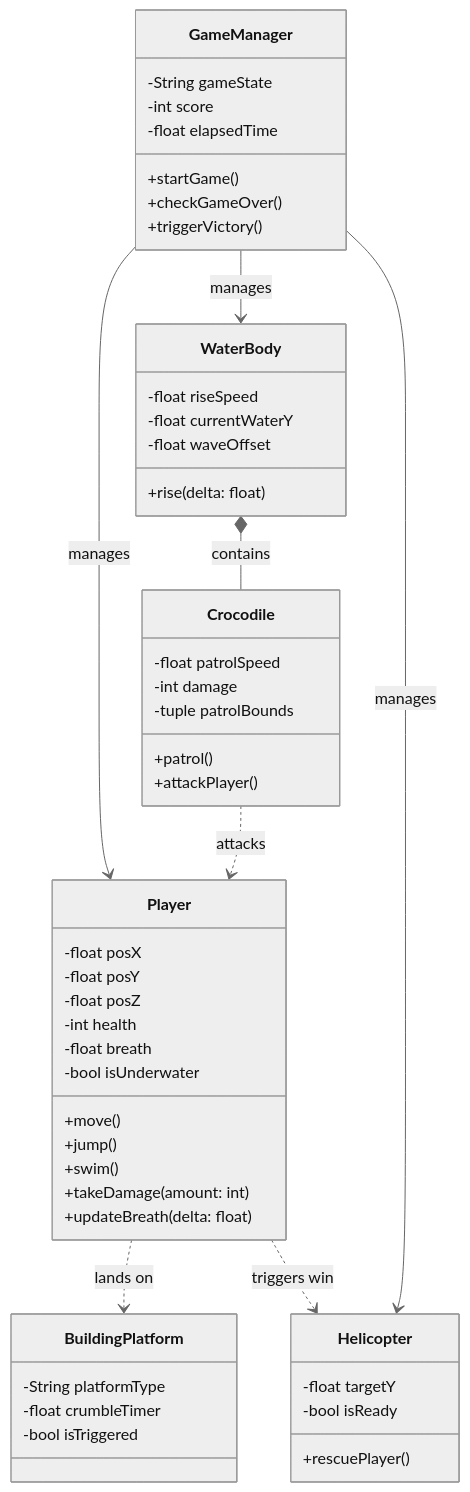
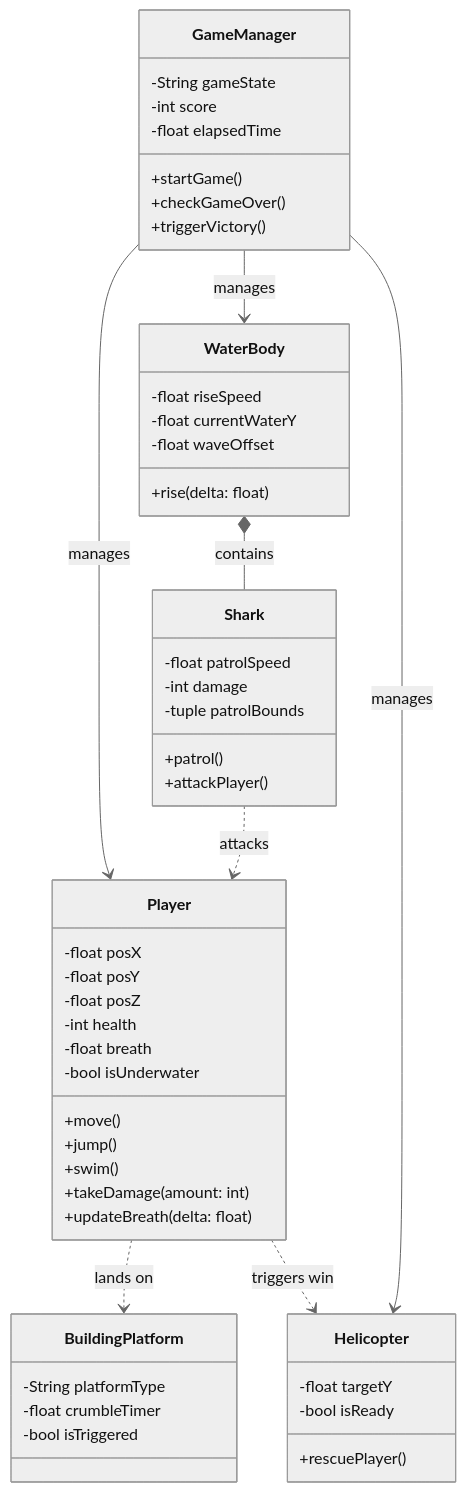
One commit to Ryuo-chhi/Escape_The_Flood changed the first of 2 diagrams in README.md. Above: the diagram before and after it, drawn with Mermaid (neutral theme). The commit also changed other lines of this file and 1 other file, not shown here.

Commit message:
fix: update enemy references from crocodile to shark in README and folder structure documentation

````diff
--- a/README.md
+++ b/README.md
@@ -88,60 +88,60 @@
 ```mermaid
 classDiagram
     class GameManager {
         -String gameState
         -int score
         -float elapsedTime
         +startGame()
         +checkGameOver()
         +triggerVictory()
     }
 
     class WaterBody {
         -float riseSpeed
         -float currentWaterY
         -float waveOffset
         +rise(delta: float)
     }
 
-    class Crocodile {
+    class Shark {
         -float patrolSpeed
         -int damage
         -tuple patrolBounds
         +patrol()
         +attackPlayer()
     }
 
     class Player {
         -float posX
         -float posY
         -float posZ
         -int health
         -float breath
         -bool isUnderwater
         +move()
         +jump()
         +swim()
         +takeDamage(amount: int)
         +updateBreath(delta: float)
     }
 
     class BuildingPlatform {
         -String platformType
         -float crumbleTimer
         -bool isTriggered
     }
 
     class Helicopter {
         -float targetY
         -bool isReady
         +rescuePlayer()
     }
 
     GameManager --> Player : manages
     GameManager --> WaterBody : manages
     GameManager --> Helicopter : manages
-    WaterBody *-- Crocodile : contains
-    Crocodile ..> Player : attacks
+    WaterBody *-- Shark : contains
+    Shark ..> Player : attacks
     Player ..> BuildingPlatform : lands on
     Player ..> Helicopter : triggers win
 ```
````
